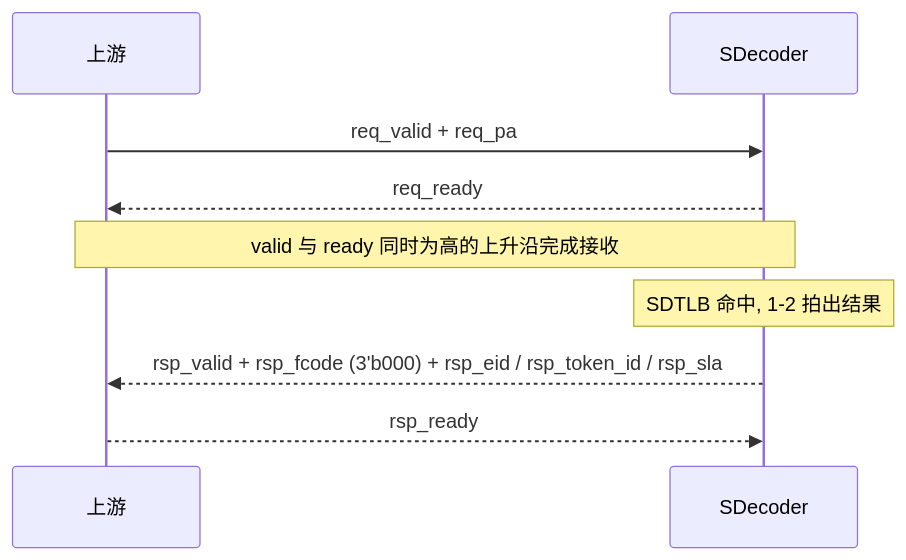
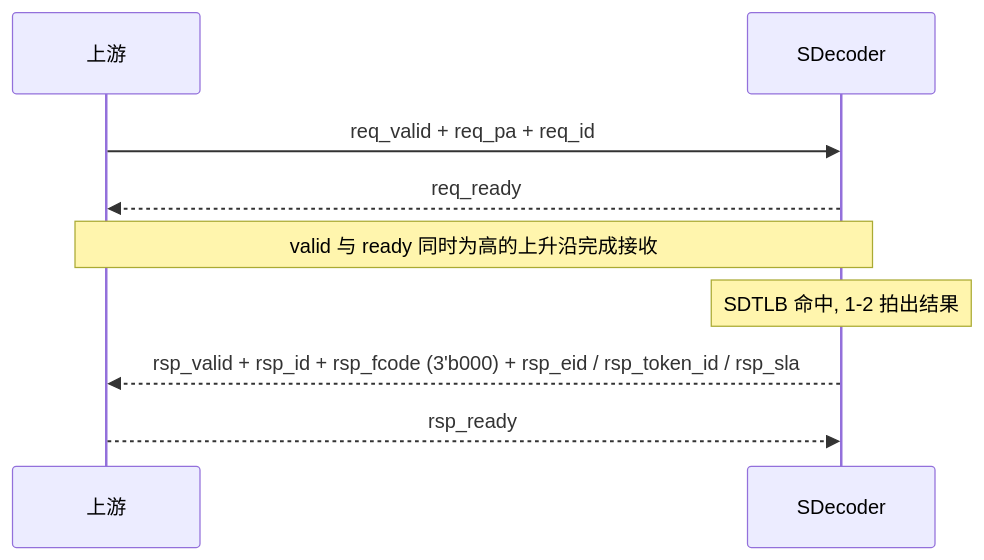
The third of 6 diagrams in doc/design_plan/SDecoder设计方案/SDecoder 设计方案.md (DuBirdFly/C1_SDecoder), drawn with Mermaid before and after one commit. The commit also changed other lines of this file and 1 other file, not shown here.

````diff
--- a/doc/design_plan/SDecoder设计方案/SDecoder 设计方案.md
+++ b/doc/design_plan/SDecoder设计方案/SDecoder 设计方案.md
@@ -340,11 +351,11 @@
 ```mermaid
 sequenceDiagram
     participant UP as 上游
     participant SD as SDecoder
-    UP->>SD: req_valid + req_pa
+    UP->>SD: req_valid + req_pa + req_id
     SD-->>UP: req_ready
     Note over UP,SD: valid 与 ready 同时为高的上升沿完成接收
     Note over SD: SDTLB 命中, 1-2 拍出结果
-    SD-->>UP: rsp_valid + rsp_fcode (3'b000) + rsp_eid / rsp_token_id / rsp_sla
+    SD-->>UP: rsp_valid + rsp_id + rsp_fcode (3'b000) + rsp_eid / rsp_token_id / rsp_sla
     UP-->>SD: rsp_ready
 ```
````
